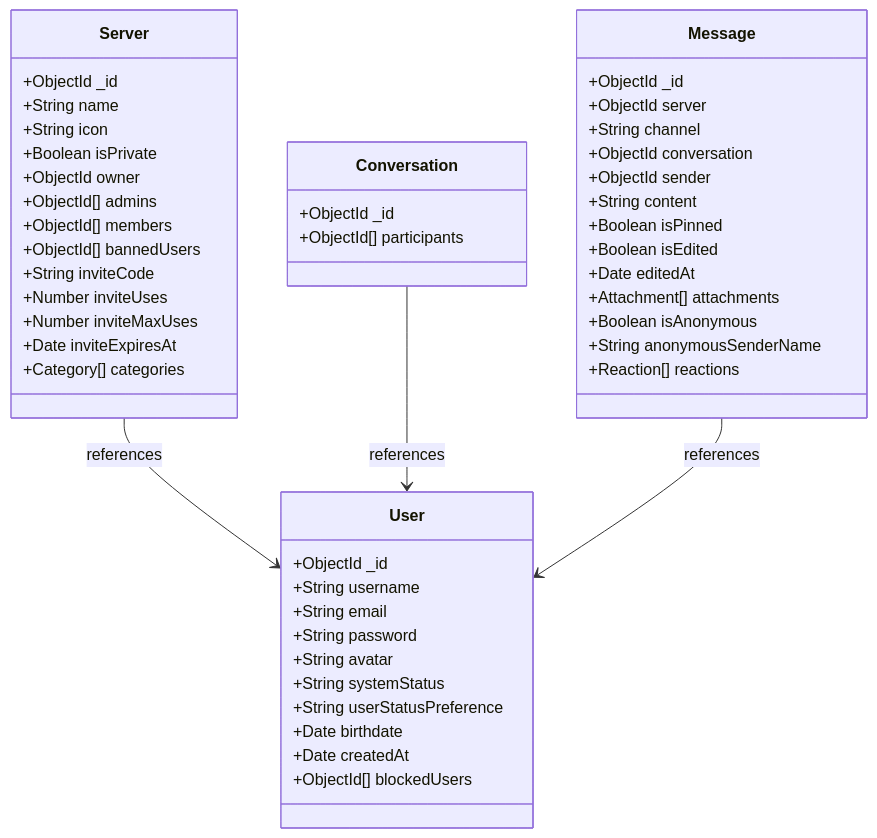
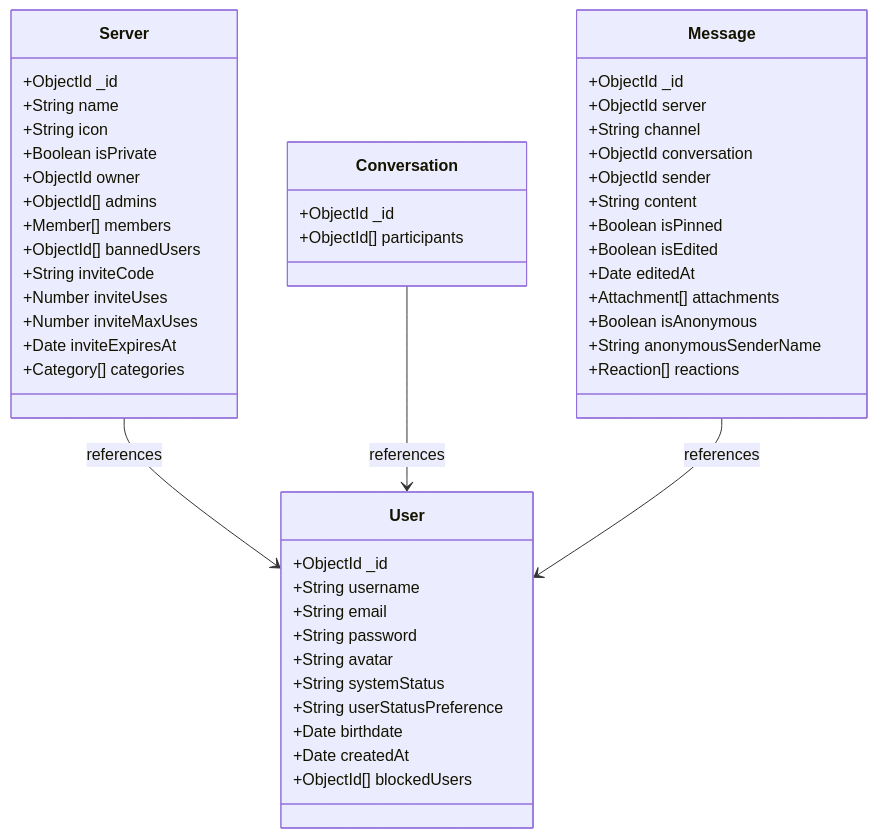
One commit to yahyazawadi/discord-backend changed the first of 2 diagrams in master_system_blueprint.md. Above: the diagram before and after it, drawn with Mermaid. The commit also changed other lines of this file and 23 other files, not shown here.

````diff
--- a/master_system_blueprint.md
+++ b/master_system_blueprint.md
@@ -24,52 +24,52 @@
 ```mermaid
 classDiagram
     class User {
         +ObjectId _id
         +String username
         +String email
         +String password
         +String avatar
         +String systemStatus
         +String userStatusPreference
         +Date birthdate
         +Date createdAt
         +ObjectId[] blockedUsers
     }
     class Server {
         +ObjectId _id
         +String name
         +String icon
         +Boolean isPrivate
         +ObjectId owner
         +ObjectId[] admins
-        +ObjectId[] members
+        +Member[] members
         +ObjectId[] bannedUsers
         +String inviteCode
         +Number inviteUses
         +Number inviteMaxUses
         +Date inviteExpiresAt
         +Category[] categories
     }
     class Conversation {
         +ObjectId _id
         +ObjectId[] participants
     }
     class Message {
         +ObjectId _id
         +ObjectId server
         +String channel
         +ObjectId conversation
         +ObjectId sender
         +String content
         +Boolean isPinned
         +Boolean isEdited
         +Date editedAt
         +Attachment[] attachments
         +Boolean isAnonymous
         +String anonymousSenderName
         +Reaction[] reactions
     }
     Server --> User : references
     Conversation --> User : references
     Message --> User : references
 ```
````
